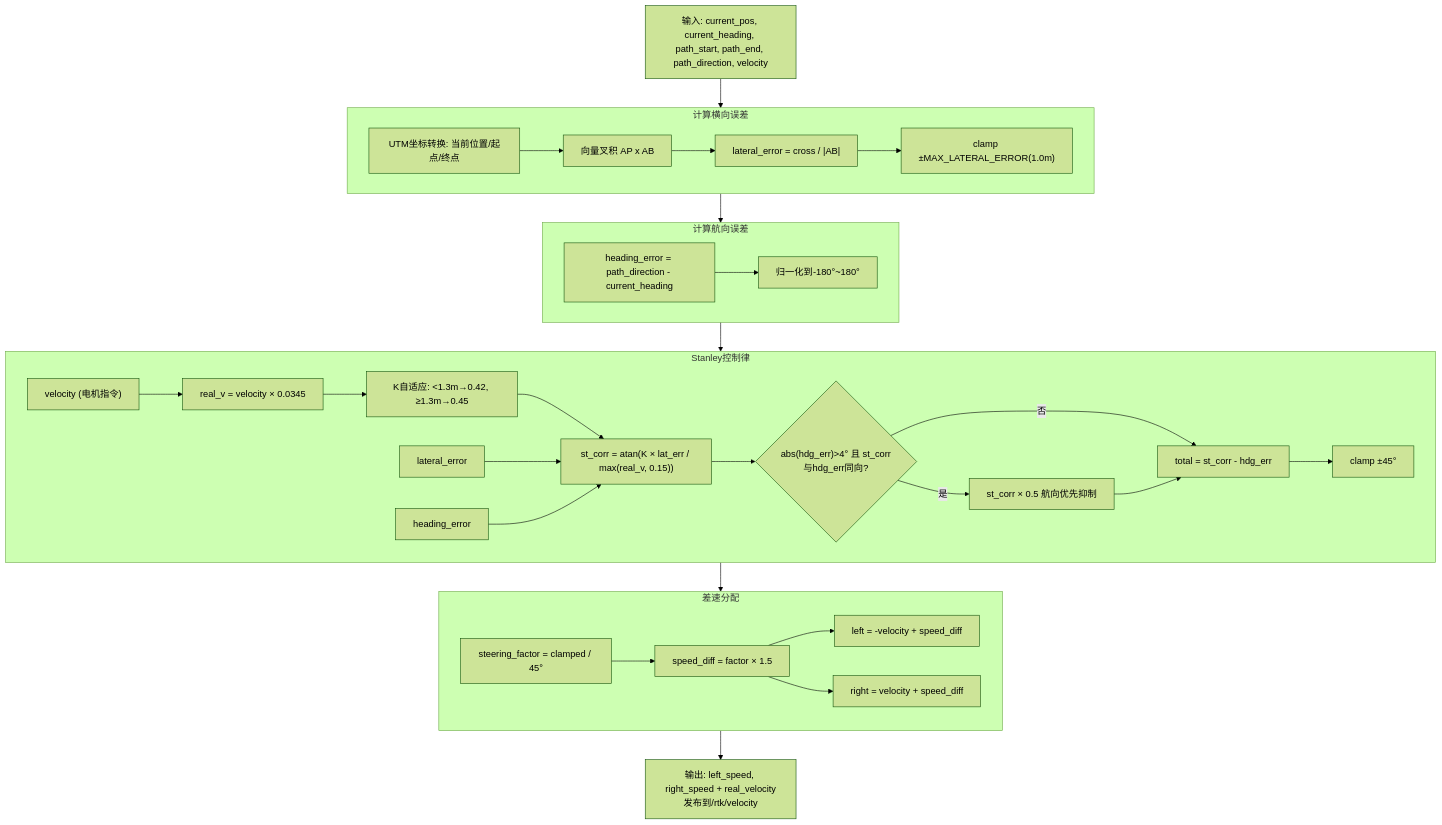
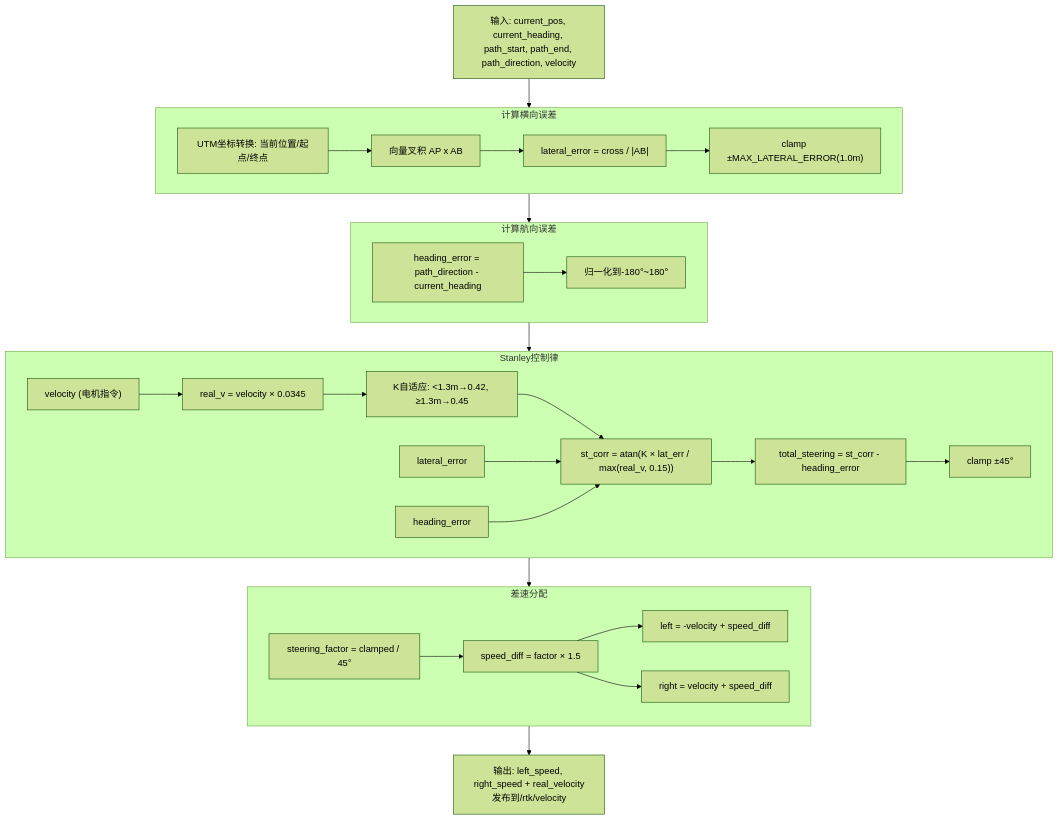
The ninth of 10 diagrams in README.md (J123123-oss/robot_cleaning), drawn with Mermaid (forest theme) before and after one commit. The commit also changed other lines of this file and 33 other files, not shown here.

````diff
--- a/README.md
+++ b/README.md
@@ -279,40 +374,37 @@
 ```mermaid
 graph TD
     INPUT["输入: current_pos, current_heading, path_start, path_end, path_direction, velocity"] --> STEP1
 
     subgraph STEP1["计算横向误差"]
         UTM1["UTM坐标转换: 当前位置/起点/终点"] --> CROSS["向量叉积 AP x AB"]
         CROSS --> LATERAL["lateral_error = cross / |AB|"]
         LATERAL --> CLAMP_LE["clamp ±MAX_LATERAL_ERROR(1.0m)"]
     end
 
     STEP1 --> STEP2
     subgraph STEP2["计算航向误差"]
         HEADING_ERR["heading_error = path_direction - current_heading"]
         HEADING_ERR --> NORMALIZE["归一化到-180°~180°"]
     end
 
     STEP2 --> STEP3
     subgraph STEP3["Stanley控制律"]
         V_RAW["velocity (电机指令)"] --> CONV["real_v = velocity × 0.0345"]
         CONV --> K["K自适应: <1.3m→0.42, ≥1.3m→0.45"]
         K --> STEERING
         LE["lateral_error"] --> STEERING
         HE["heading_error"] --> STEERING
         STEERING["st_corr = atan(K × lat_err / max(real_v, 0.15))"]
-        STEERING --> SUPPRESS{"abs(hdg_err)>4° 且 st_corr与hdg_err同向?"}
-        SUPPRESS -- 是 --> HALF["st_corr × 0.5 航向优先抑制"]
-        SUPPRESS -- 否 --> TOTAL["total = st_corr - hdg_err"]
-        HALF --> TOTAL
+        STEERING --> TOTAL["total_steering = st_corr - heading_error"]
         TOTAL --> CLAMP["clamp ±45°"]
     end
 
     STEP3 --> STEP4
     subgraph STEP4["差速分配"]
         FACTOR["steering_factor = clamped / 45°"] --> DIFF["speed_diff = factor × 1.5"]
         DIFF --> LEFT["left = -velocity + speed_diff"]
         DIFF --> RIGHT["right = velocity + speed_diff"]
     end
 
     STEP4 --> OUTPUT["输出: left_speed, right_speed + real_velocity发布到/rtk/velocity"]
 ```
````
